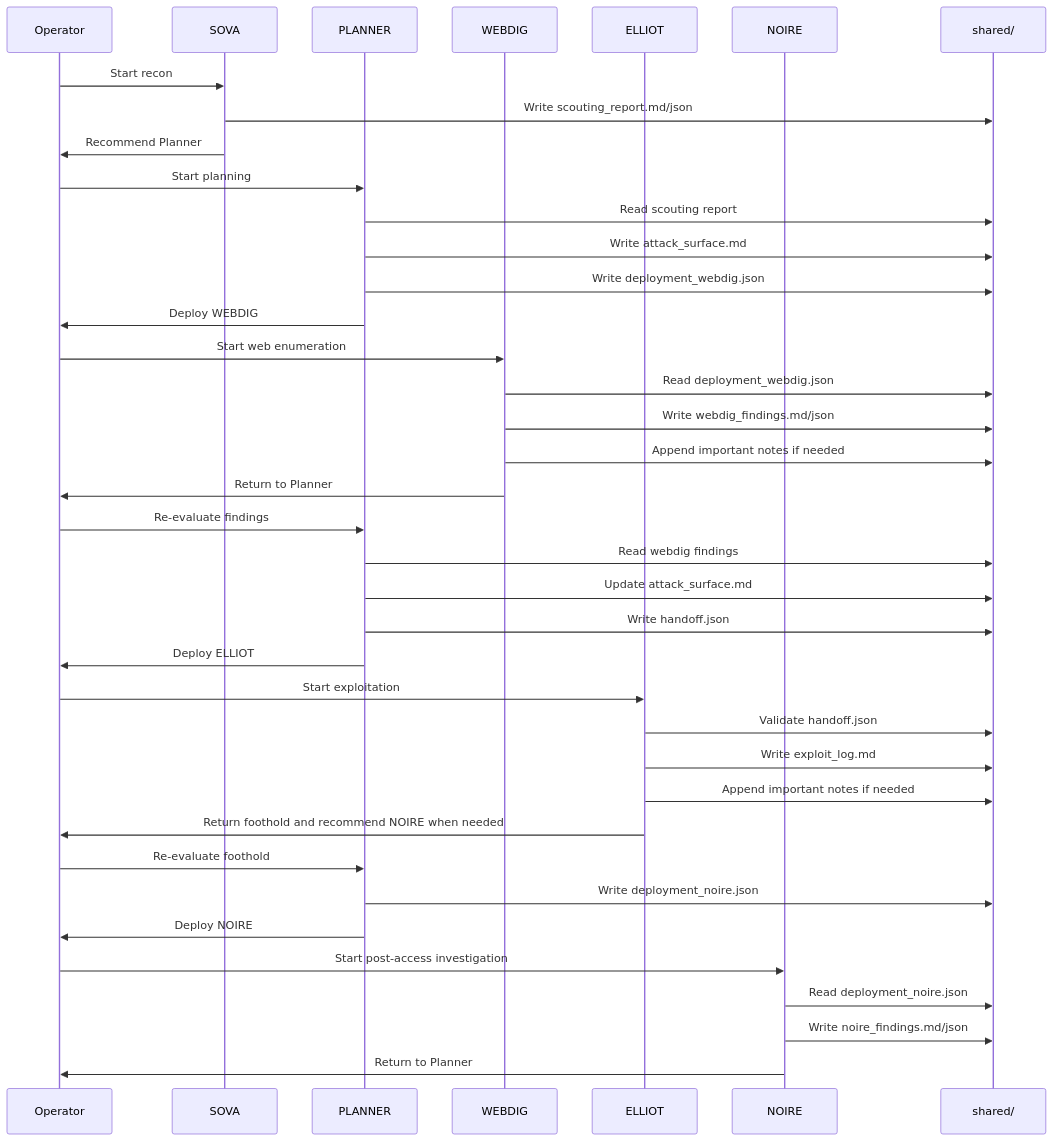
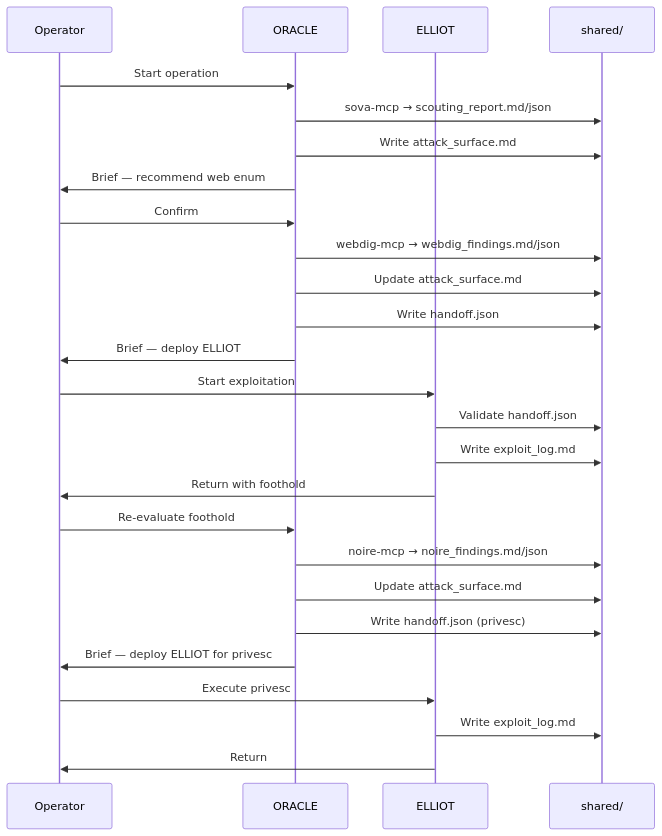
Before and after one commit to K3m1st/IRONTHREAD: the fifth of 9 diagrams in docs/INFRA_WIREFRAME.md, drawn with Mermaid. The commit also changed other lines of this file and 39 other files, not shown here.

````diff
--- a/docs/INFRA_WIREFRAME.md
+++ b/docs/INFRA_WIREFRAME.md
@@ -129,47 +99,33 @@
 ```mermaid
 sequenceDiagram
     participant O as Operator
-    participant S as SOVA
-    participant P as PLANNER
-    participant W as WEBDIG
+    participant R as ORACLE
     participant E as ELLIOT
-    participant N as NOIRE
     participant X as shared/
 
-    O->>S: Start recon
-    S->>X: Write scouting_report.md/json
-    S->>O: Recommend Planner
+    O->>R: Start operation
+    R->>X: sova-mcp → scouting_report.md/json
+    R->>X: Write attack_surface.md
+    R->>O: Brief — recommend web enum
 
-    O->>P: Start planning
-    P->>X: Read scouting report
-    P->>X: Write attack_surface.md
-    P->>X: Write deployment_webdig.json
-    P->>O: Deploy WEBDIG
-
-    O->>W: Start web enumeration
-    W->>X: Read deployment_webdig.json
-    W->>X: Write webdig_findings.md/json
-    W->>X: Append important notes if needed
-    W->>O: Return to Planner
-
-    O->>P: Re-evaluate findings
-    P->>X: Read webdig findings
-    P->>X: Update attack_surface.md
-    P->>X: Write handoff.json
-    P->>O: Deploy ELLIOT
+    O->>R: Confirm
+    R->>X: webdig-mcp → webdig_findings.md/json
+    R->>X: Update attack_surface.md
+    R->>X: Write handoff.json
+    R->>O: Brief — deploy ELLIOT
 
     O->>E: Start exploitation
     E->>X: Validate handoff.json
     E->>X: Write exploit_log.md
-    E->>X: Append important notes if needed
-    E->>O: Return foothold and recommend NOIRE when needed
+    E->>O: Return with foothold
 
-    O->>P: Re-evaluate foothold
-    P->>X: Write deployment_noire.json
-    P->>O: Deploy NOIRE
+    O->>R: Re-evaluate foothold
+    R->>X: noire-mcp → noire_findings.md/json
+    R->>X: Update attack_surface.md
+    R->>X: Write handoff.json (privesc)
+    R->>O: Brief — deploy ELLIOT for privesc
 
-    O->>N: Start post-access investigation
-    N->>X: Read deployment_noire.json
-    N->>X: Write noire_findings.md/json
-    N->>O: Return to Planner
+    O->>E: Execute privesc
+    E->>X: Write exploit_log.md
+    E->>O: Return
 ```
````
